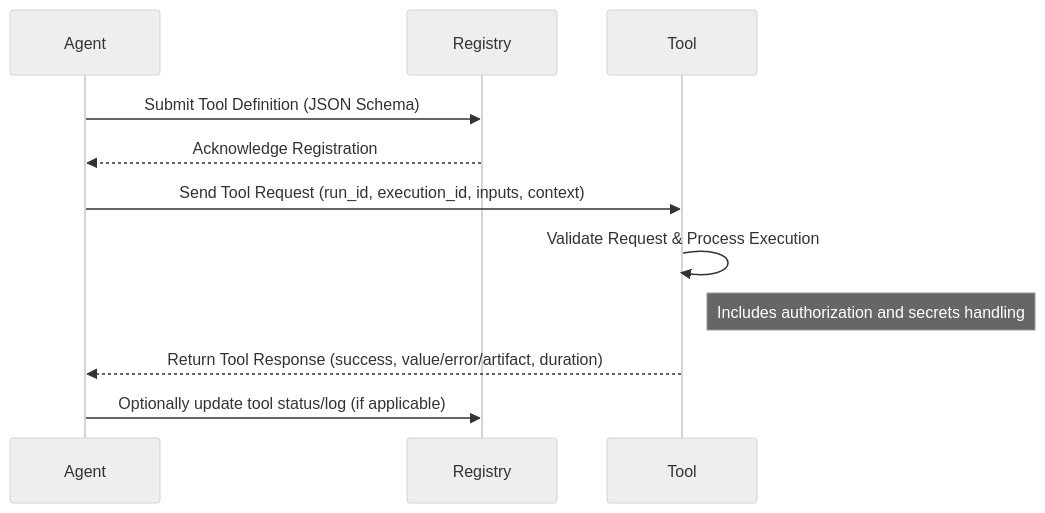
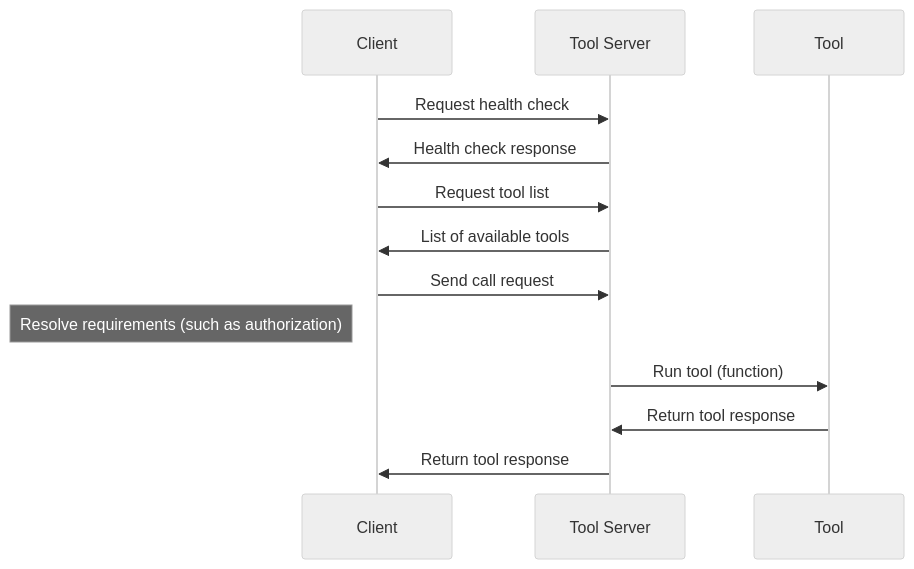
The first of 3 diagrams in RFC.md (OpenExecProtocol/Specification), drawn with Mermaid (neutral theme) before and after one commit. The commit also changed other lines of this file and 10 other files, not shown here.

````diff
--- a/RFC.md
+++ b/RFC.md
@@ -55,20 +56,22 @@
 ```mermaid
 sequenceDiagram
-    participant A as Agent
-    participant R as Registry
+    participant C as Client
+    participant S as Tool Server
     participant T as Tool
 
-    %% Tool Registration
-    A->>R: Submit Tool Definition (JSON Schema)
-    R-->>A: Acknowledge Registration
+    ## Health check
+    C->>S: Request health check
+    S->>C: Health check response
 
-    %% Tool Invocation
-    A->>T: Send Tool Request (run_id, execution_id, inputs, context)
-    T->>T: Validate Request & Process Execution
-    Note right of T: Includes authorization and secrets handling
-    T-->>A: Return Tool Response (success, value/error/artifact, duration)
+    %% Tool discovery
+    C->>S: Request tool list
+    S->>C: List of available tools
 
-    %% Post Execution
-    A->>R: Optionally update tool status/log (if applicable)
+    %% Tool call
+    C->>S: Send call request
+    Note left of C: Resolve requirements (such as authorization)
+    S->>T: Run tool (function)
+    T->>S: Return tool response
+    S->>C: Return tool response
 
 ```
````
